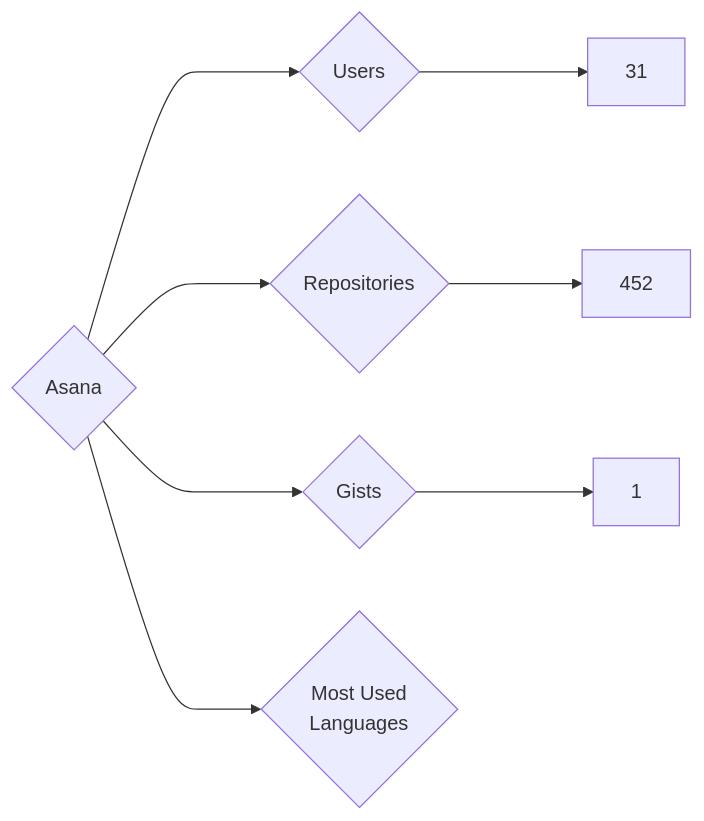
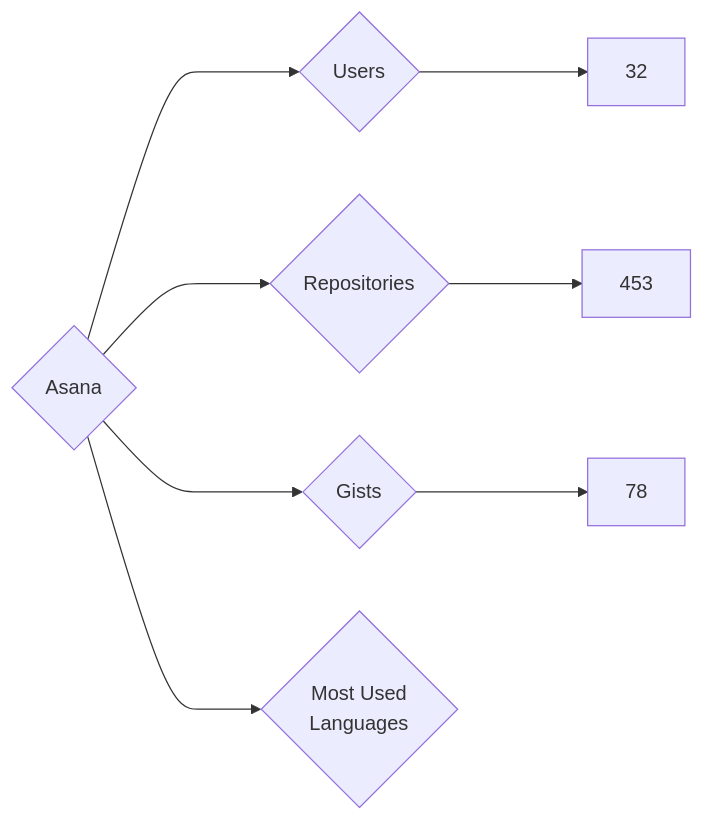
Before and after one commit to nenadzaric/insiders: the diagram in targets/Asana/README.md, drawn with Mermaid. The commit also changed 1342 other files, not shown here.

````diff
--- a/targets/Asana/README.md
+++ b/targets/Asana/README.md
@@ -3,8 +3,8 @@
 ```mermaid
 graph LR
 COMPANY_NAME{Asana}
-COMPANY_NAME ---> U{Users} ---> UN[31]
-COMPANY_NAME ---> R{Repositories} ---> RN[452]
-COMPANY_NAME ---> G{Gists} ---> GN[1]
+COMPANY_NAME ---> U{Users} ---> UN[32]
+COMPANY_NAME ---> R{Repositories} ---> RN[453]
+COMPANY_NAME ---> G{Gists} ---> GN[78]
 COMPANY_NAME ---> ML{Most Used<br>Languages}
 ```
````
